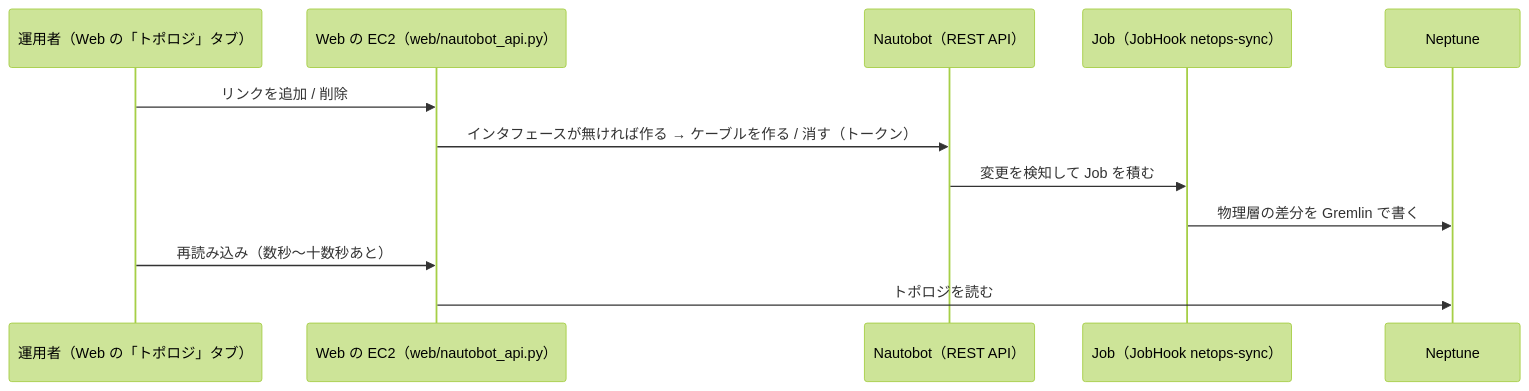
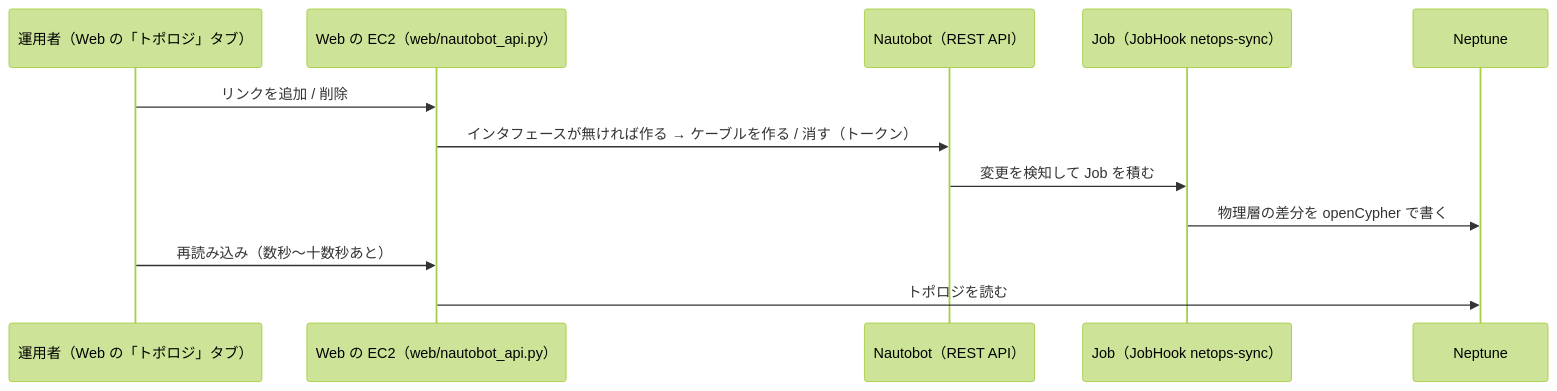
Before and after one commit to eddie-eights/nwc-poc: the third of 4 diagrams in docs/nautobot.md, drawn with Mermaid (forest theme). The commit also changed other lines of this file and 58 other files, not shown here.

First line of the commit message:
トポロジの置き場を Neptune Database から Neptune Analytics に置き換えた（問い合わせは Gremlin から openCypher。AWS では未確認）

````diff
--- a/docs/nautobot.md
+++ b/docs/nautobot.md
@@ -156,14 +156,14 @@
 ```mermaid
 sequenceDiagram
   participant U as 運用者（Web の「トポロジ」タブ）
   participant W as Web の EC2（web/nautobot_api.py）
   participant N as Nautobot（REST API）
   participant J as Job（JobHook netops-sync）
   participant G as Neptune
   U->>W: リンクを追加 / 削除
   W->>N: インタフェースが無ければ作る → ケーブルを作る / 消す（トークン）
   N->>J: 変更を検知して Job を積む
-  J->>G: 物理層の差分を Gremlin で書く
+  J->>G: 物理層の差分を openCypher で書く
   U->>W: 再読み込み（数秒〜十数秒あと）
   W->>G: トポロジを読む
 ```
````
